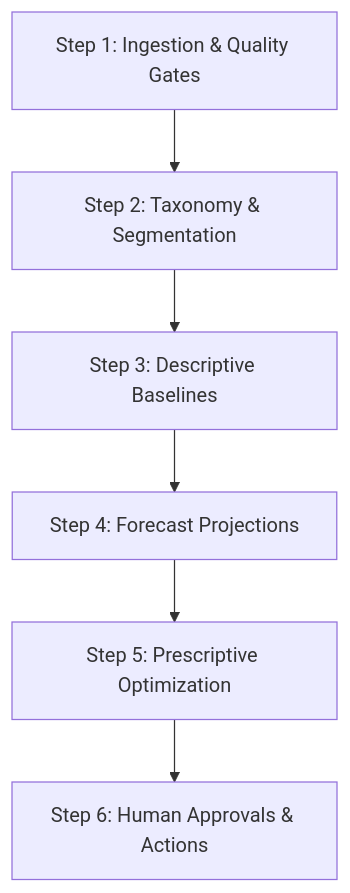
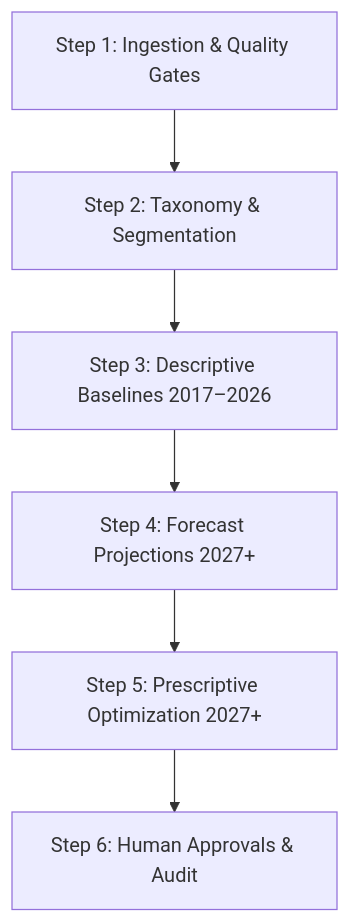
The first of 2 diagrams in docs/logic/DASHBOARD_DESIGN_EXPLAINER.md (IS-Capstone-Group9/medshield-alt-working-repo), drawn with Mermaid before and after one commit. The commit also changed other lines of this file and 4 other files, not shown here.

````diff
--- a/docs/logic/DASHBOARD_DESIGN_EXPLAINER.md
+++ b/docs/logic/DASHBOARD_DESIGN_EXPLAINER.md
@@ -149,8 +142,8 @@
 ```mermaid
 graph TD
     S1[Step 1: Ingestion & Quality Gates] --> S2[Step 2: Taxonomy & Segmentation]
-    S2 --> S3[Step 3: Descriptive Baselines]
-    S3 --> S4[Step 4: Forecast Projections]
-    S4 --> S5[Step 5: Prescriptive Optimization]
-    S5 --> S6[Step 6: Human Approvals & Actions]
+    S2 --> S3[Step 3: Descriptive Baselines 2017–2026]
+    S3 --> S4[Step 4: Forecast Projections 2027+]
+    S4 --> S5[Step 5: Prescriptive Optimization 2027+]
+    S5 --> S6[Step 6: Human Approvals & Audit]
 ```
````
